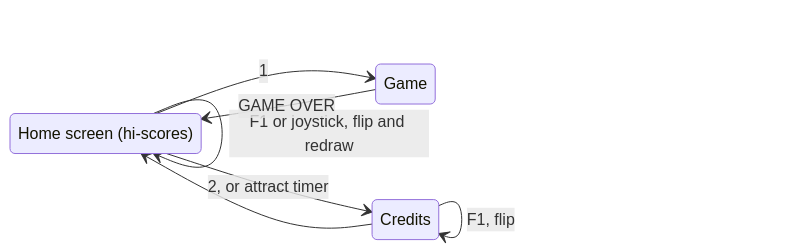
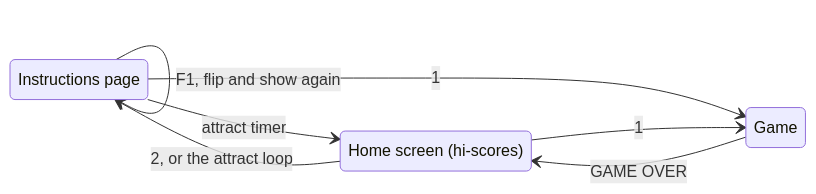
One commit to anthonyjclarke/Hopper-Oric changed the diagram in docs/enhanced.md. Above: the diagram before and after it, drawn with Mermaid. The commit also changed other lines of this file and 77 other files, not shown here.

First line of the commit message:
feat(c64): add Enhanced sprites, attract screen and instructions page; F1 on the instructions page only

````diff
--- a/docs/enhanced.md
+++ b/docs/enhanced.md
@@ -120,11 +125,12 @@
 ```mermaid
 stateDiagram-v2
     direction LR
+    Page: Instructions page
     Home: Home screen (hi-scores)
-    Home --> Home: F1 or joystick, flip and redraw
-    Credits --> Credits: F1, flip
+    Page --> Page: F1, flip and show again
+    Page --> Home: attract timer
+    Home --> Page: 2, or the attract loop
+    Page --> Game: 1
     Home --> Game: 1
-    Home --> Credits: 2, or attract timer
-    Credits --> Home
     Game --> Home: GAME OVER
 ```
````
